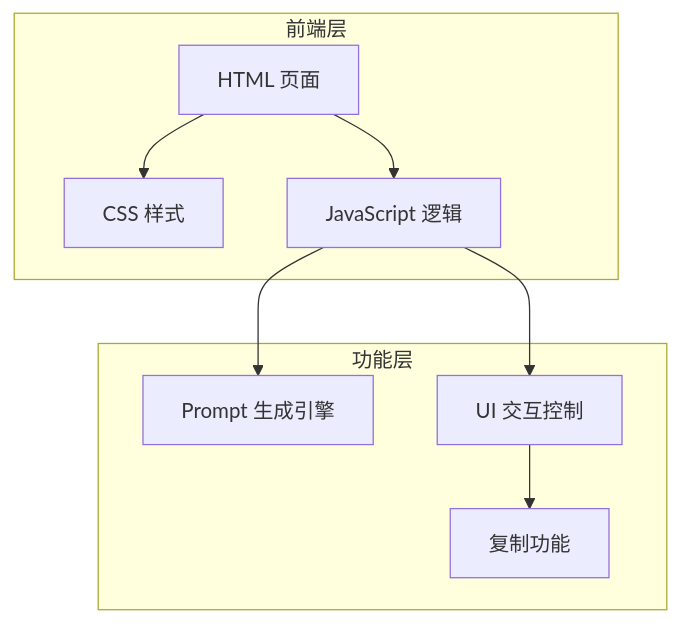
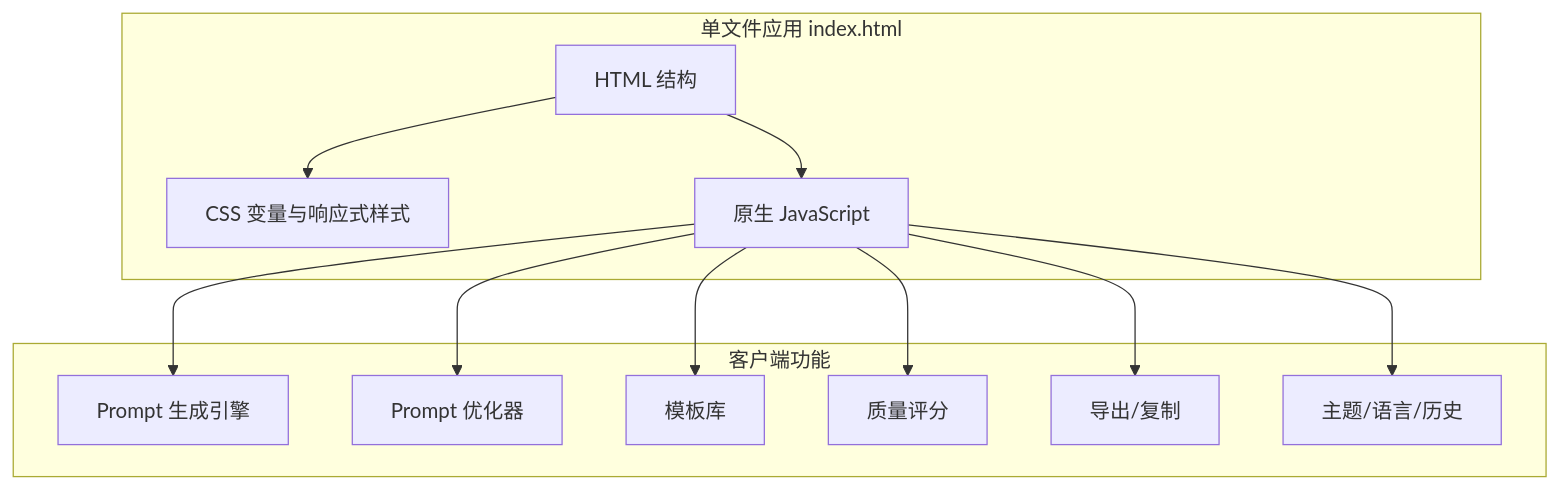
The diagram in .trae/documents/AI提示词生成器-技术架构.md (pkokwho/tsc), drawn with Mermaid before and after one commit. The commit also changed other lines of this file and 5 other files, not shown here.

````diff
--- a/.trae/documents/AI提示词生成器-技术架构.md
+++ b/.trae/documents/AI提示词生成器-技术架构.md
@@ -3,18 +3,24 @@
 ```mermaid
 graph TB
-    subgraph 前端层
-        A["HTML 页面"]
-        B["CSS 样式"]
-        C["JavaScript 逻辑"]
+    subgraph "单文件应用 index.html"
+        A["HTML 结构"]
+        B["CSS 变量与响应式样式"]
+        C["原生 JavaScript"]
     end
-    subgraph 功能层
+    subgraph "客户端功能"
         D["Prompt 生成引擎"]
-        E["UI 交互控制"]
-        F["复制功能"]
+        E["Prompt 优化器"]
+        F["模板库"]
+        G["质量评分"]
+        H["导出/复制"]
+        I["主题/语言/历史"]
     end
     A --> B
     A --> C
     C --> D
     C --> E
-    E --> F
+    C --> F
+    C --> G
+    C --> H
+    C --> I
 ```
````
